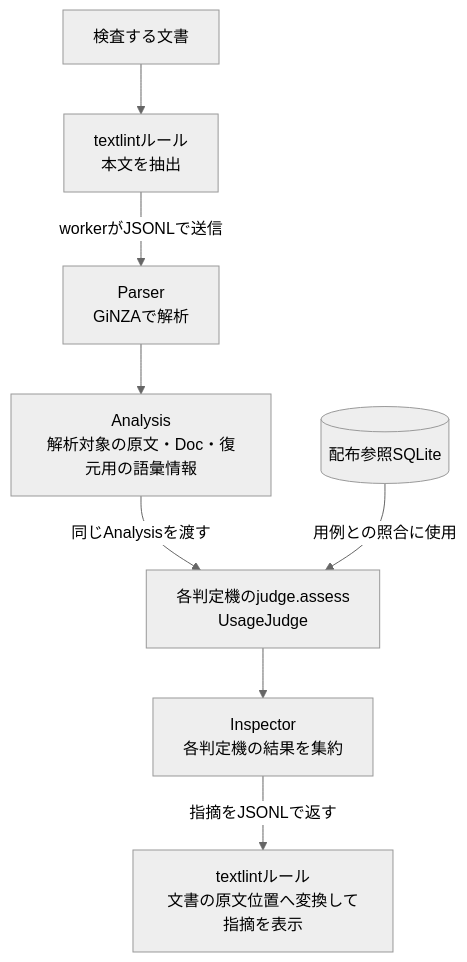
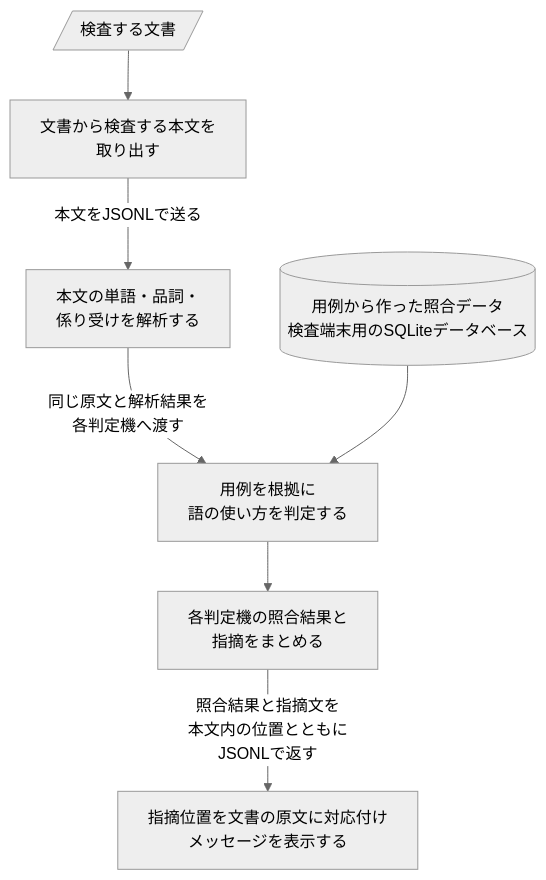
Before and after one commit to karin0624/use-native-japanese: the first of 2 diagrams in docs/design/architecture.md, drawn with Mermaid (neutral theme). The commit also changed other lines of this file, not shown here.

````diff
--- a/docs/design/architecture.md
+++ b/docs/design/architecture.md
@@ -22,10 +22,14 @@
 ```mermaid
+---
+config:
+    flowchart:
+        wrappingWidth: 320
+---
 flowchart TB
-    document["検査する文書"] --> extract["textlintルール<br/>本文を抽出"]
-    extract -->|workerがJSONLで送信| parser["Parser<br/>GiNZAで解析"]
-    parser --> analysis["Analysis<br/>解析対象の原文・Doc・復元用の語彙情報"]
-    analysis -->|同じAnalysisを渡す| judges["各判定機のjudge.assess<br/>UsageJudge"]
-    reference[("配布参照SQLite")] -->|用例との照合に使用| judges
-    judges --> aggregate["Inspector<br/>各判定機の結果を集約"]
-    aggregate -->|指摘をJSONLで返す| report["textlintルール<br/>文書の原文位置へ変換して指摘を表示"]
+    document[/検査する文書/] --> extract["文書から検査する本文を<br/>取り出す"]
+    extract -->|本文をJSONLで送る| parser["本文の単語・品詞・<br/>係り受けを解析する"]
+    parser -->|同じ原文と解析結果を<br/>各判定機へ渡す| judges["用例を根拠に<br/>語の使い方を判定する"]
+    reference[("用例から作った照合データ<br/>検査端末用のSQLiteデータベース")] --> judges
+    judges --> aggregate["各判定機の照合結果と<br/>指摘をまとめる"]
+    aggregate -->|照合結果と指摘文を<br/>本文内の位置とともに<br/>JSONLで返す| report["指摘位置を文書の原文に対応付け<br/>メッセージを表示する"]
 ```
````
